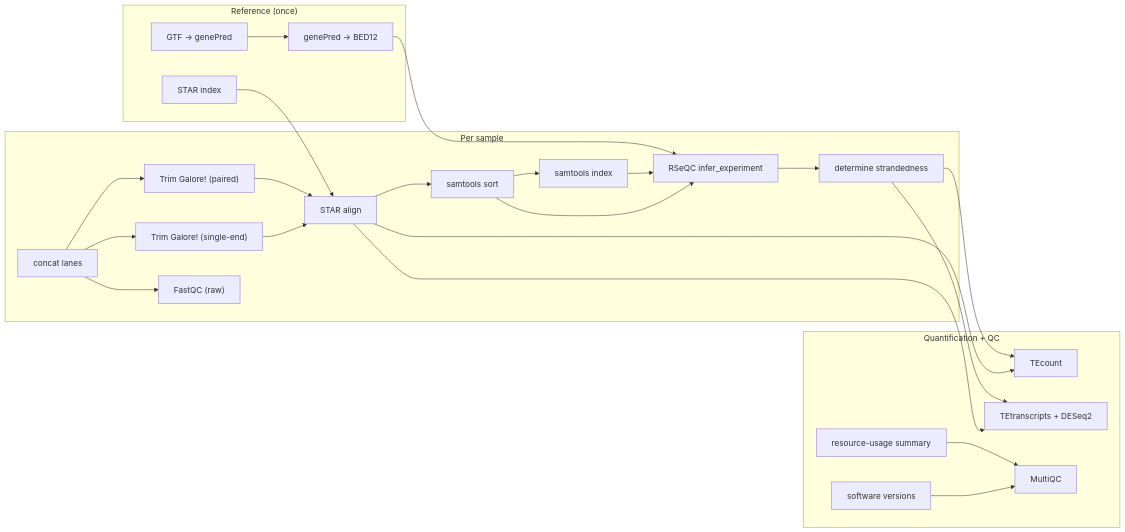
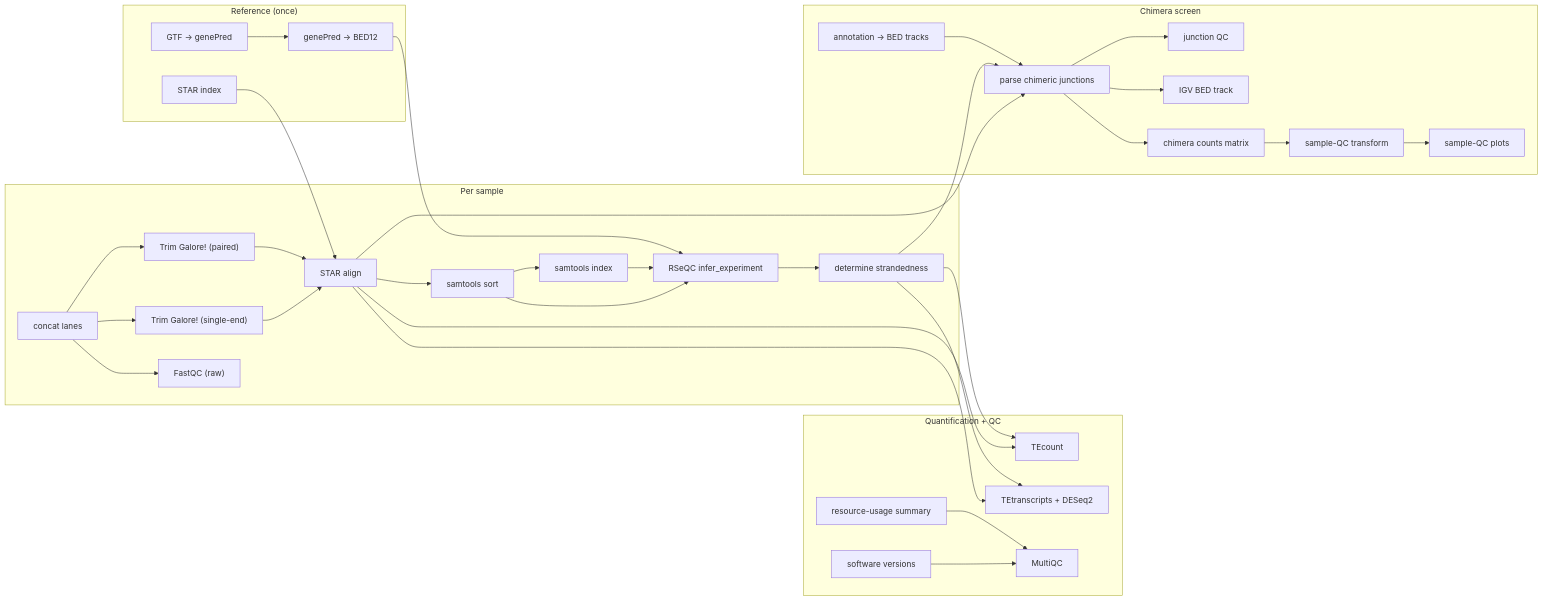
Before and after one commit to altintasali/TEtranscripts-pipe: the diagram in README.md, drawn with Mermaid. The commit also changed other lines of this file and 36 other files, not shown here.

First line of the commit message:
chimera: merge the experimental gene-TE junction screen (v0.5.0)

````diff
--- a/README.md
+++ b/README.md
@@ -10,45 +10,62 @@
 ```mermaid
 flowchart LR
     subgraph reference_once["Reference (once)"]
         star_index["STAR index"]
         gtf_to_genepred["GTF -> genePred"]
         genepred_to_bed12["genePred -> BED12"]
     end
     subgraph per_sample["Per sample"]
         cat_fastq["concat lanes"]
         trim_galore_pe["Trim Galore! (paired)"]
         trim_galore_se["Trim Galore! (single-end)"]
         star_align["STAR align"]
         samtools_sort["samtools sort"]
         samtools_index["samtools index"]
         fastqc_raw["FastQC (raw)"]
         rseqc_infer_experiment["RSeQC infer_experiment"]
         determine_strandedness["determine strandedness"]
     end
     subgraph quantification_qc["Quantification + QC"]
         tecount["TEcount"]
         tetranscripts_diffexp["TEtranscripts + DESeq2"]
         software_versions["software versions"]
         benchmark_summary["resource-usage summary"]
         multiqc["MultiQC"]
     end
+    subgraph chimera_screen["Chimera screen"]
+        annotation_to_bed["annotation -> BED tracks"]
+        parse_chimeric_junctions["parse chimeric junctions"]
+        junction_qc["junction QC"]
+        chimera_igv_bed["IGV BED track"]
+        chimera_counts["chimera counts matrix"]
+        sample_qc_transform["sample-QC transform"]
+        sample_qc["sample-QC plots"]
+    end
+    annotation_to_bed --> parse_chimeric_junctions
     benchmark_summary --> multiqc
     cat_fastq --> fastqc_raw
     cat_fastq --> trim_galore_pe
     cat_fastq --> trim_galore_se
+    chimera_counts --> sample_qc_transform
+    determine_strandedness --> parse_chimeric_junctions
     determine_strandedness --> tecount
     determine_strandedness --> tetranscripts_diffexp
     genepred_to_bed12 --> rseqc_infer_experiment
     gtf_to_genepred --> genepred_to_bed12
+    parse_chimeric_junctions --> chimera_counts
+    parse_chimeric_junctions --> chimera_igv_bed
+    parse_chimeric_junctions --> junction_qc
     rseqc_infer_experiment --> determine_strandedness
+    sample_qc_transform --> sample_qc
     samtools_index --> rseqc_infer_experiment
     samtools_sort --> rseqc_infer_experiment
     samtools_sort --> samtools_index
     software_versions --> multiqc
+    star_align --> parse_chimeric_junctions
     star_align --> samtools_sort
     star_align --> tecount
     star_align --> tetranscripts_diffexp
     star_index --> star_align
     trim_galore_pe --> star_align
     trim_galore_se --> star_align
 ```
````
